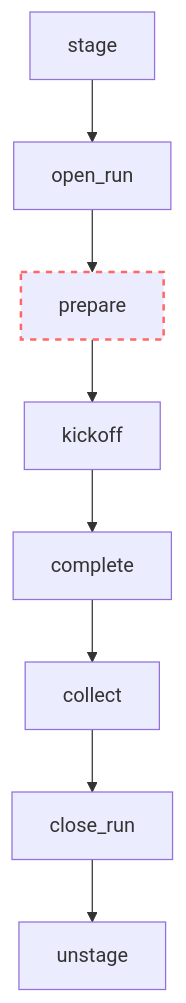
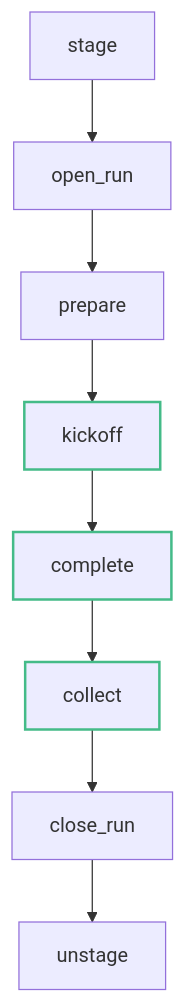
The first of 3 diagrams in docs/explanations/verbs.md (bluesky/ophyd-async), drawn with Mermaid before and after one commit. The commit also changed other lines of this file, not shown here.

Commit message:
verbs add two diagrams@

````diff
--- a/docs/explanations/verbs.md
+++ b/docs/explanations/verbs.md
@@ -92,14 +94,17 @@
 ```{mermaid}
-graph TD
-    A[stage] --> B[open_run]
-    B --> C[prepare]
-    C --> D[kickoff]
-    D --> E[complete]
-    E --> F[collect]
-    F --> G[close_run]
-    G --> H[unstage]
+    graph TD
+        A[stage] --> B[open_run]
+        B --> C[prepare]
+        C --> D[kickoff]
+        D --> E[complete]
+        E --> F[collect]
+        F --> G[close_run]
+        G --> H[unstage]
 
-    C:::hook_sensitive
-    style C stroke:#f66,stroke-width:2px,stroke-dasharray: 5 5
+        D:::hardware_step
+        E:::hardware_step
+        F:::hardware_step
+
+        classDef hardware_step stroke:#4b8,stroke-width:2px;
 
 ```
````
